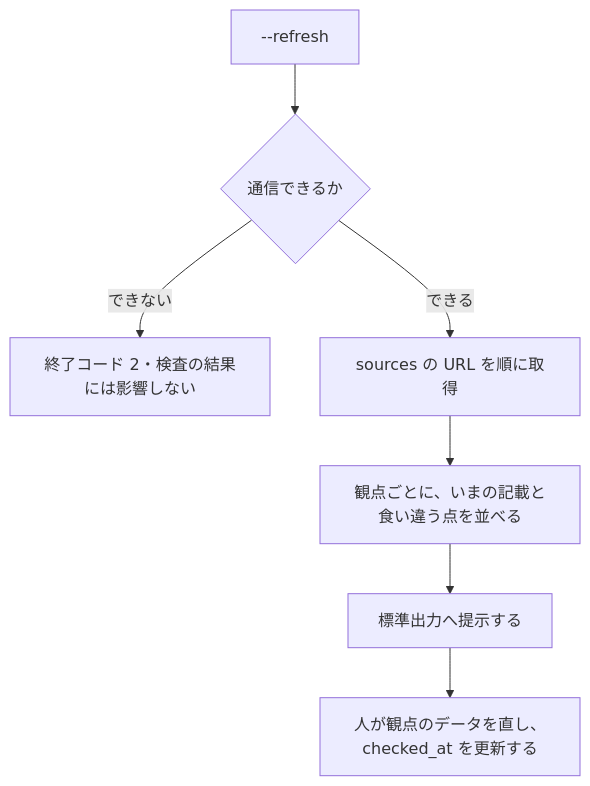
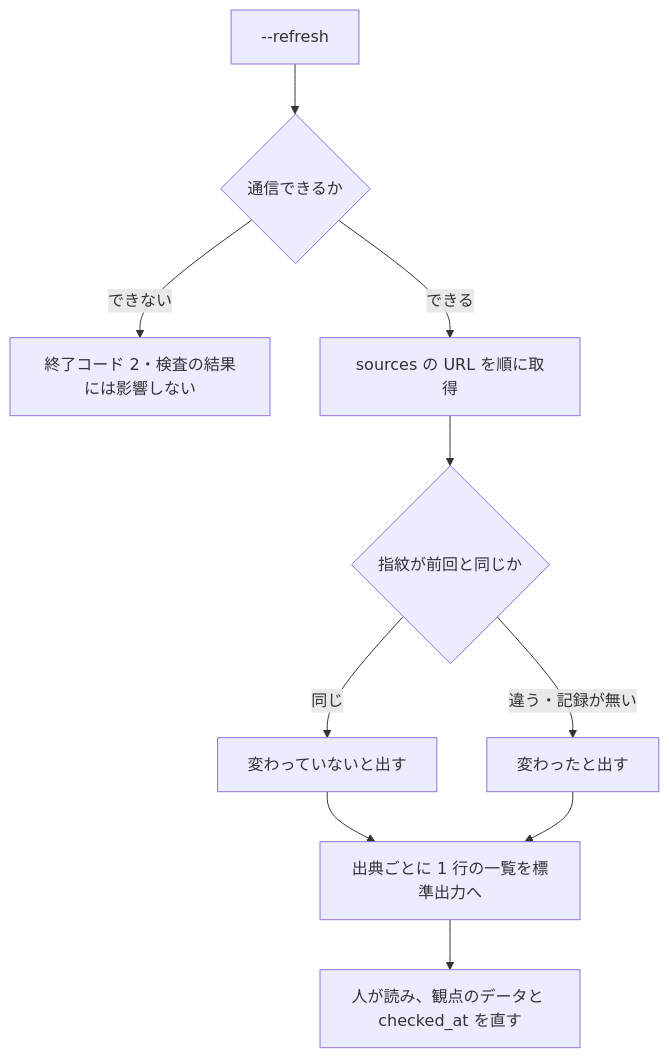
One commit to devbasex/ai-plugins changed the diagram in issues/issue-554-design-criteria.md. Above: the diagram before and after it, drawn with Mermaid. The commit also changed other lines of this file and 3 other files, not shown here.

````diff
--- a/issues/issue-554-design-criteria.md
+++ b/issues/issue-554-design-criteria.md
@@ -193,9 +195,12 @@
 ```mermaid
 graph TD
     R[--refresh] --> N{通信できるか}
     N -->|できない| E2[終了コード 2・検査の結果には影響しない]
     N -->|できる| F[sources の URL を順に取得]
-    F --> D[観点ごとに、いまの記載と食い違う点を並べる]
-    D --> O[標準出力へ提示する]
-    O --> H[人が観点のデータを直し、checked_at を更新する]
+    F --> G{指紋が前回と同じか}
+    G -->|同じ| S1[変わっていないと出す]
+    G -->|違う・記録が無い| S2[変わったと出す]
+    S1 --> O[出典ごとに 1 行の一覧を標準出力へ]
+    S2 --> O
+    O --> H[人が読み、観点のデータと checked_at を直す]
 ```
````
